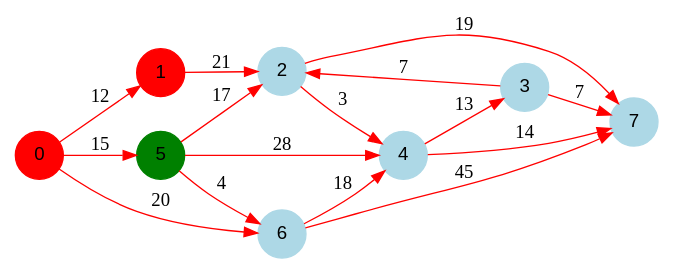
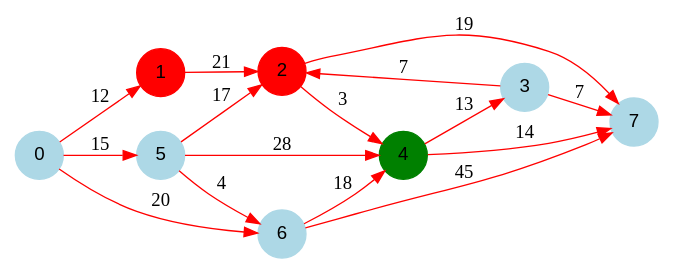
Before and after one commit to benech17/Shortest-Path: the diagram in programme1/output/dotFiles/graph1/graph1_2.dot, drawn with Graphviz. The commit also changed 19 other files, not shown here.

```diff
--- a/programme1/output/dotFiles/graph1/graph1_2.dot
+++ b/programme1/output/dotFiles/graph1/graph1_2.dot
@@ -1,27 +1,27 @@
 digraph graphe {
 rankdir = LR;
 edge [color=red];
-0 [fontname="Arial", shape = circle, color=red, style=filled];
+0 [fontname="Arial", shape = circle, color=lightblue, style=filled];
 1 [fontname="Arial", shape = circle, color=red, style=filled];
-2 [fontname="Arial", shape = circle, color=lightblue, style=filled];
+2 [fontname="Arial", shape = circle, color=red, style=filled];
 3 [fontname="Arial", shape = circle, color=lightblue, style=filled];
-4 [fontname="Arial", shape = circle, color=lightblue, style=filled];
-5 [fontname="Arial", shape = circle, color=green, style=filled];
+4 [fontname="Arial", shape = circle, color=green, style=filled];
+5 [fontname="Arial", shape = circle, color=lightblue, style=filled];
 6 [fontname="Arial", shape = circle, color=lightblue, style=filled];
 7 [fontname="Arial", shape = circle, color=lightblue, style=filled];
 	0 -> 1 [label = "12"];
 	0 -> 5 [label = "15"];
 	0 -> 6 [label = "20"];
 	1 -> 2 [label = "21"];
 	2 -> 4 [label = "3"];
 	2 -> 7 [label = "19"];
 	3 -> 2 [label = "7"];
 	3 -> 7 [label = "7"];
 	4 -> 3 [label = "13"];
 	4 -> 7 [label = "14"];
 	5 -> 2 [label = "17"];
 	5 -> 4 [label = "28"];
 	5 -> 6 [label = "4"];
 	6 -> 4 [label = "18"];
 	6 -> 7 [label = "45"];
 }
```
